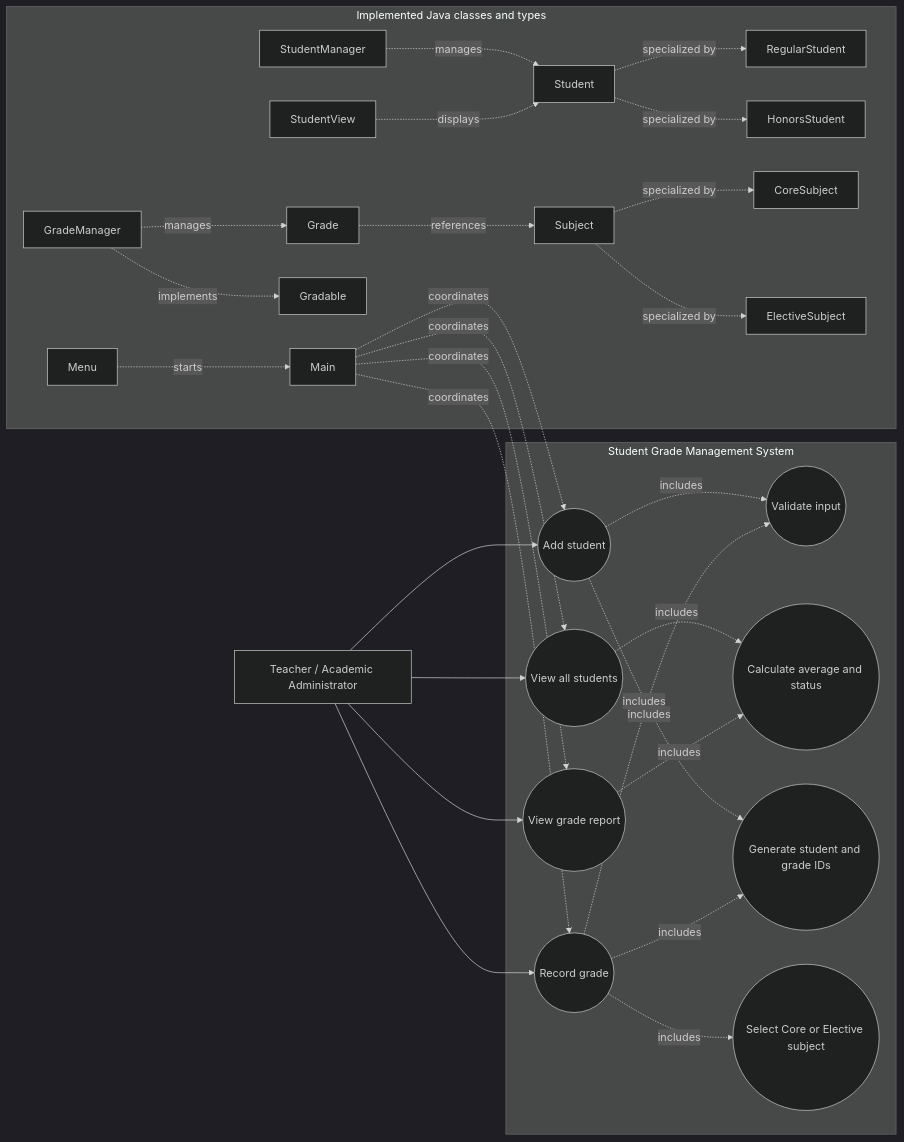
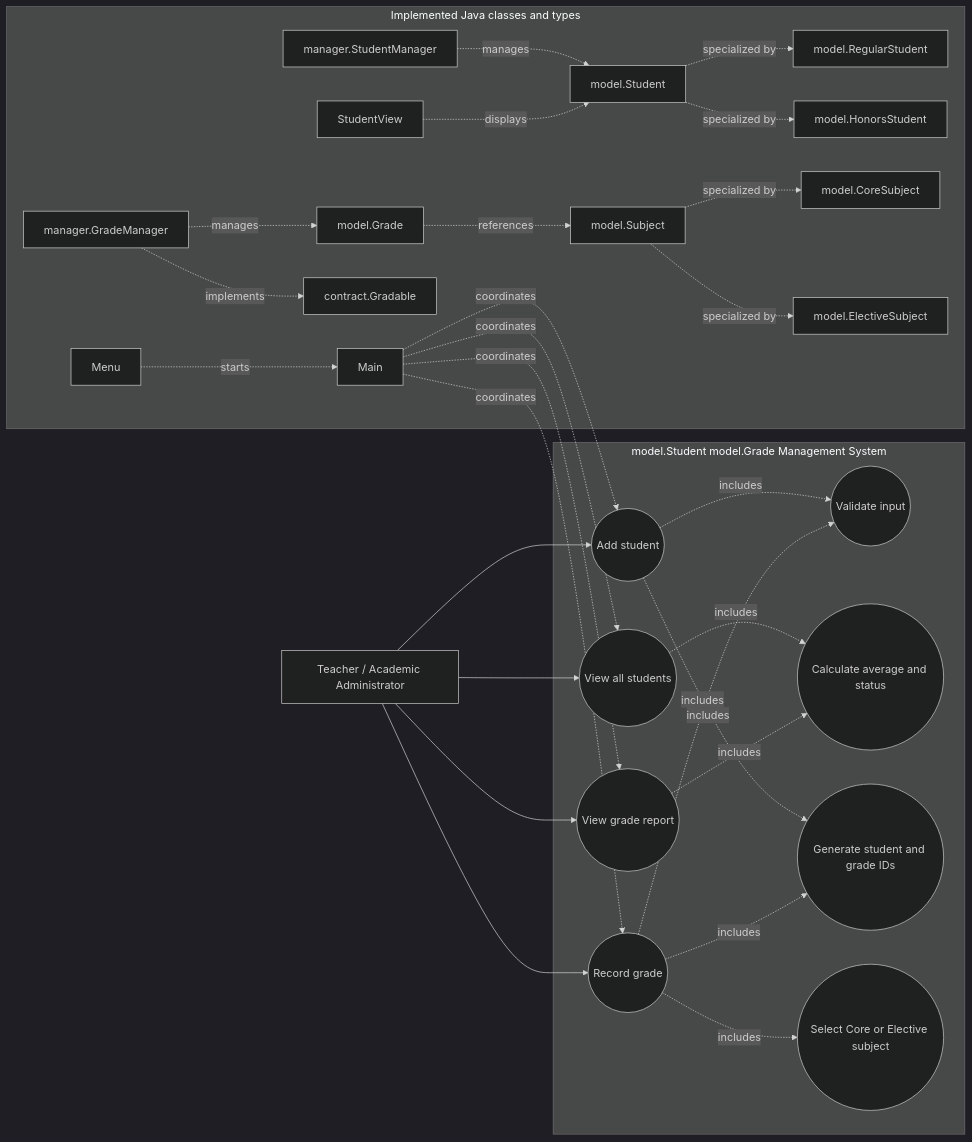
Before and after one commit to MUGWANEZAMANZI/SGMS: the diagram in docs/use-case-diagram.md, drawn with Mermaid (dark theme). The commit also changed other lines of this file and 22 other files, not shown here.

````diff
--- a/docs/use-case-diagram.md
+++ b/docs/use-case-diagram.md
@@ -7,59 +7,59 @@
 ```mermaid
 flowchart LR
     teacher[Teacher / Academic Administrator]
 
-    subgraph system[Student Grade Management System]
+    subgraph system[model.Student model.Grade Management System]
         add((Add student))
         view((View all students))
         record((Record grade))
         report((View grade report))
         validate((Validate input))
         average((Calculate average and status))
         ids((Generate student and grade IDs))
         subjects((Select Core or Elective subject))
     end
 
     subgraph classes[Implemented Java classes and types]
         main[Main]
         menu[Menu]
-        student[Student]
-        regular[RegularStudent]
-        honors[HonorsStudent]
-        subject[Subject]
-        core[CoreSubject]
-        elective[ElectiveSubject]
-        grade[Grade]
-        studentManager[StudentManager]
-        gradeManager[GradeManager]
-        gradable[Gradable]
+        student[model.Student]
+        regular[model.RegularStudent]
+        honors[model.HonorsStudent]
+        subject[model.Subject]
+        core[model.CoreSubject]
+        elective[model.ElectiveSubject]
+        grade[model.Grade]
+        studentManager[manager.StudentManager]
+        gradeManager[manager.GradeManager]
+        gradable[contract.Gradable]
         viewHelper[StudentView]
     end
 
     teacher --> add
     teacher --> view
     teacher --> record
     teacher --> report
 
     add -. includes .-> validate
     add -. includes .-> ids
     record -. includes .-> validate
     record -. includes .-> subjects
     record -. includes .-> ids
     view -. includes .-> average
     report -. includes .-> average
 
     menu -. starts .-> main
     main -. coordinates .-> add
     main -. coordinates .-> view
     main -. coordinates .-> record
     main -. coordinates .-> report
     student -. specialized by .-> regular
     student -. specialized by .-> honors
     subject -. specialized by .-> core
     subject -. specialized by .-> elective
     studentManager -. manages .-> student
     gradeManager -. manages .-> grade
     gradeManager -. implements .-> gradable
     grade -. references .-> subject
     viewHelper -. displays .-> student
 ```
````
